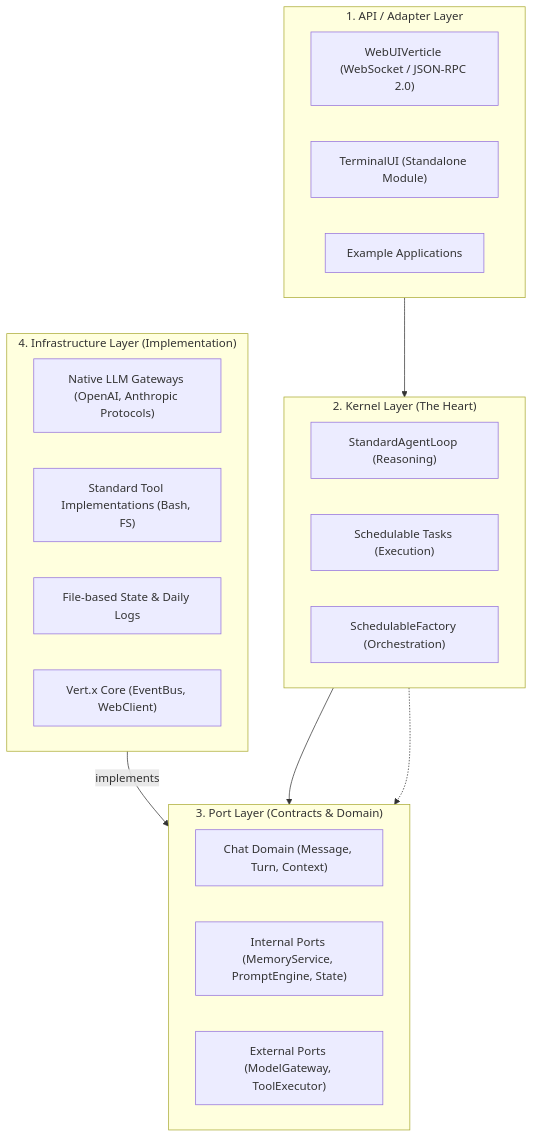
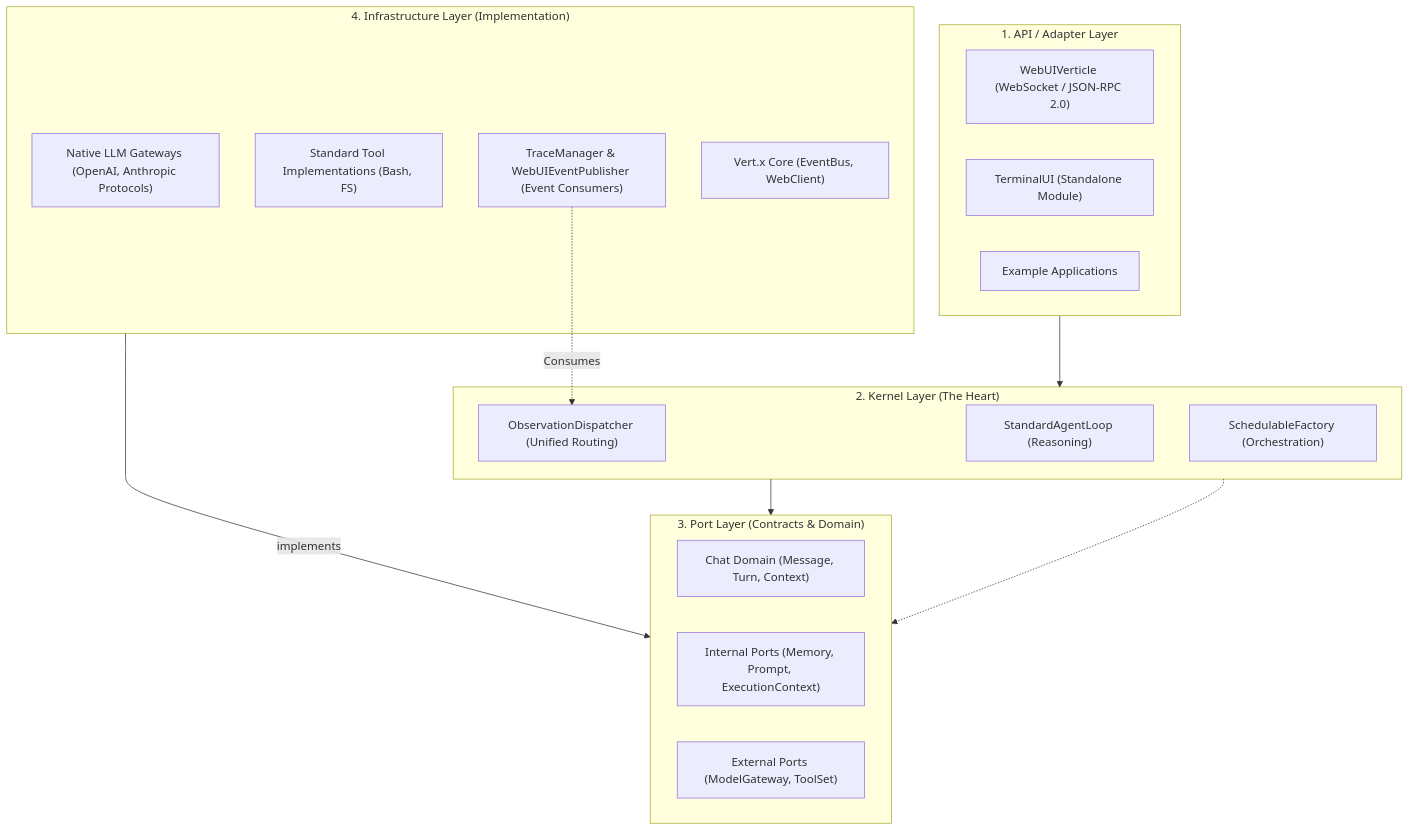
Before and after one commit to stream-iori/ganglia: the diagram in docs/ARCHITECTURE.md, drawn with Mermaid. The commit also changed other lines of this file and 4 other files, not shown here.

First line of the commit message:
docs: update architecture and guidelines to v1.4.0

````diff
--- a/docs/ARCHITECTURE.md
+++ b/docs/ARCHITECTURE.md
@@ -36,32 +40,33 @@
 ```mermaid
 graph TD
     subgraph API ["1. API / Adapter Layer"]
         WebUI["WebUIVerticle (WebSocket / JSON-RPC 2.0)"]
         TUI["TerminalUI (Standalone Module)"]
         Demos["Example Applications"]
     end
 
     subgraph Kernel ["2. Kernel Layer (The Heart)"]
         Loop["StandardAgentLoop (Reasoning)"]
-        Task["Schedulable Tasks (Execution)"]
+        Dispatcher["ObservationDispatcher (Unified Routing)"]
         SchedFactory["SchedulableFactory (Orchestration)"]
     end
 
     subgraph Port ["3. Port Layer (Contracts & Domain)"]
         Chat["Chat Domain (Message, Turn, Context)"]
-        IntPorts["Internal Ports (MemoryService, PromptEngine, State)"]
-        ExtPorts["External Ports (ModelGateway, ToolExecutor)"]
+        IntPorts["Internal Ports (Memory, Prompt, ExecutionContext)"]
+        ExtPorts["External Ports (ModelGateway, ToolSet)"]
     end
 
     subgraph Infra ["4. Infrastructure Layer (Implementation)"]
         Gateways["Native LLM Gateways (OpenAI, Anthropic Protocols)"]
         Tools["Standard Tool Implementations (Bash, FS)"]
-        Storage["File-based State & Daily Logs"]
+        Observability["TraceManager & WebUIEventPublisher (Event Consumers)"]
         Vertx["Vert.x Core (EventBus, WebClient)"]
     end
 
     API --> Kernel
     Kernel --> Port
     Infra -- implements --> Port
     Kernel -.-> Port
+    Observability -.->|Consumes| Dispatcher
 ```
````
